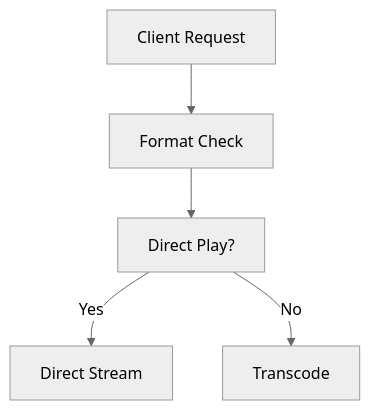
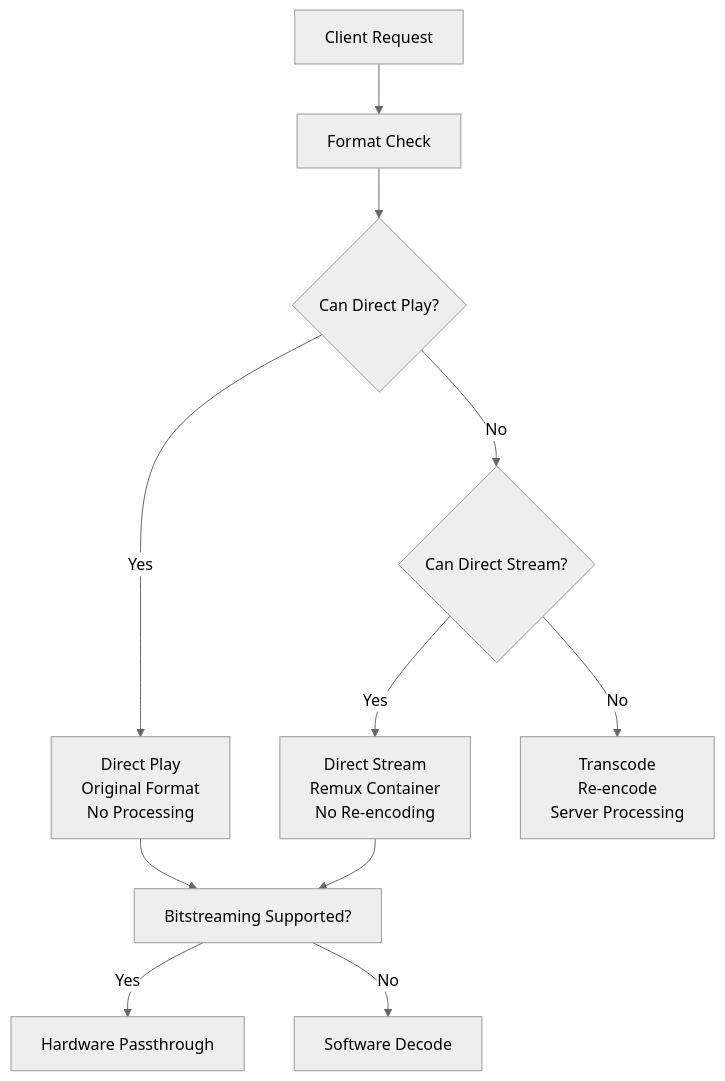
Before and after one commit to chaitanya2692/my-homelab: the fourth of 4 diagrams in README.md, drawn with Mermaid (neutral theme). The commit also changed other lines of this file and 1 other file, not shown here.

````diff
--- a/README.md
+++ b/README.md
@@ -287,7 +303,13 @@
    ```mermaid
    graph TD
      A[Client Request] --> B[Format Check]
-     B --> C[Direct Play?]
-     C -->|Yes| D[Direct Stream]
-     C -->|No| E[Transcode]
+     B --> C{Can Direct Play?}
+     C -->|Yes| D[Direct Play<br/>Original Format<br/>No Processing]
+     C -->|No| E{Can Direct Stream?}
+     E -->|Yes| F[Direct Stream<br/>Remux Container<br/>No Re-encoding]
+     E -->|No| G[Transcode<br/>Re-encode<br/>Server Processing]
+     D --> H[Bitstreaming Supported?]
+     F --> H
+     H -->|Yes| I[Hardware Passthrough]
+     H -->|No| J[Software Decode]
    ```
````
